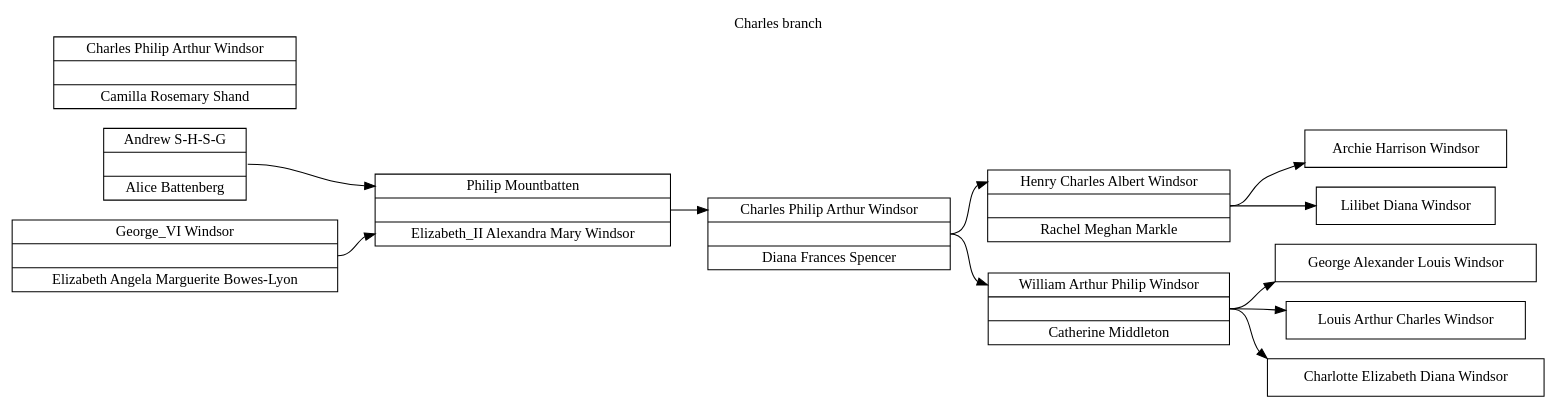
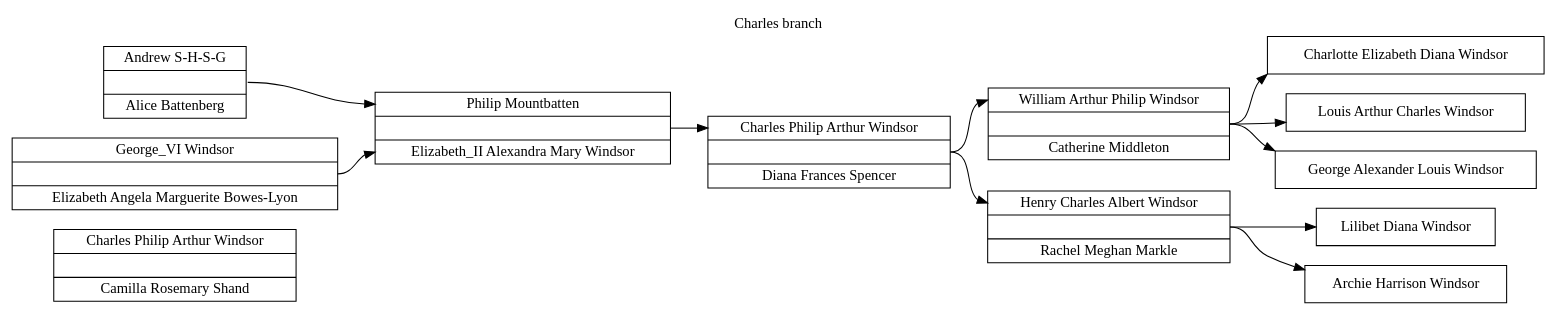
The diagram in test-output/6.dot (johnandrea/draw-bowtie-plus), drawn with Graphviz before and after one commit. The commit also changed 1 other file, not shown here.

```diff
--- a/test-output/6.dot
+++ b/test-output/6.dot
@@ -1,28 +1,28 @@
 digraph family {
 node [shape=record];
 rankdir=LR;
 labelloc="t";
 label="Charles branch";
-f1 [label="<h>Henry Charles Albert Windsor|<u>|<w>Rachel Meghan Markle"];
-f2 [label="<h>Andrew S-H-S-G|<u>|<w>Alice Battenberg"];
-f3 [label="<h>Charles Philip Arthur Windsor|<u>|<w>Camilla Rosemary Shand"];
-f4 [label="<h>George_VI Windsor|<u>|<w>Elizabeth Angela Marguerite Bowes-Lyon"];
-f5 [label="<h>Philip Mountbatten|<u>|<w>Elizabeth_II Alexandra Mary Windsor"];
+f1 [label="<h>Charles Philip Arthur Windsor|<u>|<w>Camilla Rosemary Shand"];
+f2 [label="<h>George_VI Windsor|<u>|<w>Elizabeth Angela Marguerite Bowes-Lyon"];
+f3 [label="<h>William Arthur Philip Windsor|<u>|<w>Catherine Middleton"];
+f4 [label="<h>Philip Mountbatten|<u>|<w>Elizabeth_II Alexandra Mary Windsor"];
+f5 [label="<h>Andrew S-H-S-G|<u>|<w>Alice Battenberg"];
 f6 [label="<h>Charles Philip Arthur Windsor|<u>|<w>Diana Frances Spencer"];
-f7 [label="<h>William Arthur Philip Windsor|<u>|<w>Catherine Middleton"];
-i8 [label="<i>George Alexander Louis Windsor"];
-i9 [label="<i>Louis Arthur Charles Windsor"];
+f7 [label="<h>Henry Charles Albert Windsor|<u>|<w>Rachel Meghan Markle"];
+i8 [label="<i>Lilibet Diana Windsor"];
+i9 [label="<i>Charlotte Elizabeth Diana Windsor"];
 i10 [label="<i>Archie Harrison Windsor"];
-i11 [label="<i>Charlotte Elizabeth Diana Windsor"];
-i12 [label="<i>Lilibet Diana Windsor"];
+i11 [label="<i>Louis Arthur Charles Windsor"];
+i12 [label="<i>George Alexander Louis Windsor"];
 f7:u -> i8:i;
-f7:u -> i9:i;
-f4:u -> f5:w;
-f1:u -> i10:i;
-f7:u -> i11:i;
-f1:u -> i12:i;
-f6:u -> f1:h;
-f2:u -> f5:h;
+f5:u -> f4:h;
+f3:u -> i9:i;
+f2:u -> f4:w;
+f4:u -> f6:h;
 f6:u -> f7:h;
-f5:u -> f6:h;
+f7:u -> i10:i;
+f3:u -> i11:i;
+f6:u -> f3:h;
+f3:u -> i12:i;
 }
```
